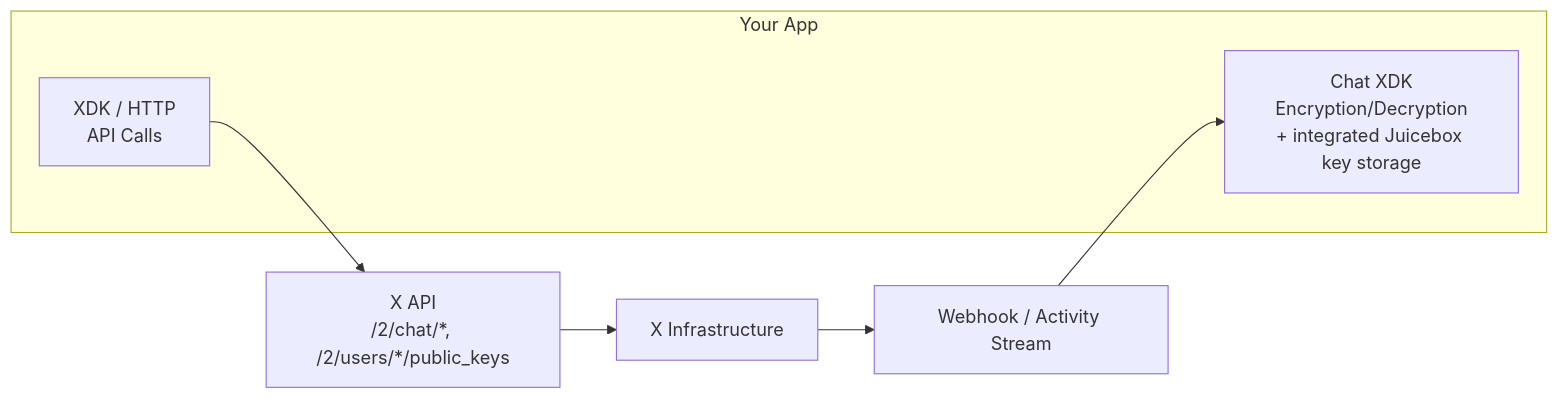
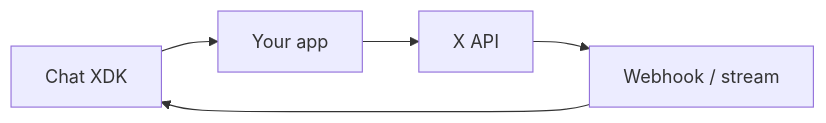
One commit to xdevplatform/docs changed the diagram in xchat/introduction.mdx. Above: the diagram before and after it, drawn with Mermaid. The commit also changed other lines of this file and 9 other files, not shown here.

First line of the commit message:
Streamline Chat API docs and sync OpenAPI 2.166

````diff
--- a/xchat/introduction.mdx
+++ b/xchat/introduction.mdx
@@ -47,13 +20,7 @@
 ```mermaid
 flowchart LR
-    subgraph Your App
-        A[Chat XDK<br/>Encryption/Decryption<br/>+ integrated Juicebox key storage]
-        C[XDK / HTTP<br/>API Calls]
-    end
-
-    C --> D[X API<br/>/2/chat/*, /2/users/*/public_keys]
-    D --> E[X Infrastructure]
-
-    E --> F[Webhook / Activity Stream]
-    F --> A
+    A[Chat XDK] --> B[Your app]
+    B --> C[X API]
+    C --> D[Webhook / stream]
+    D --> A
 ```
````
